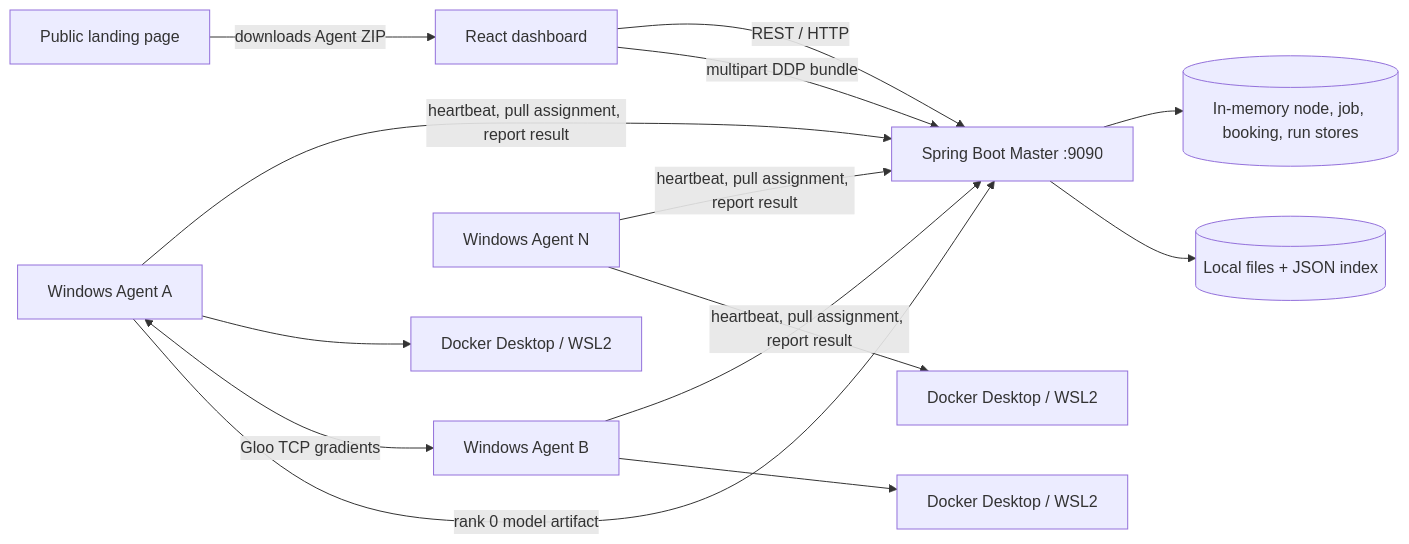
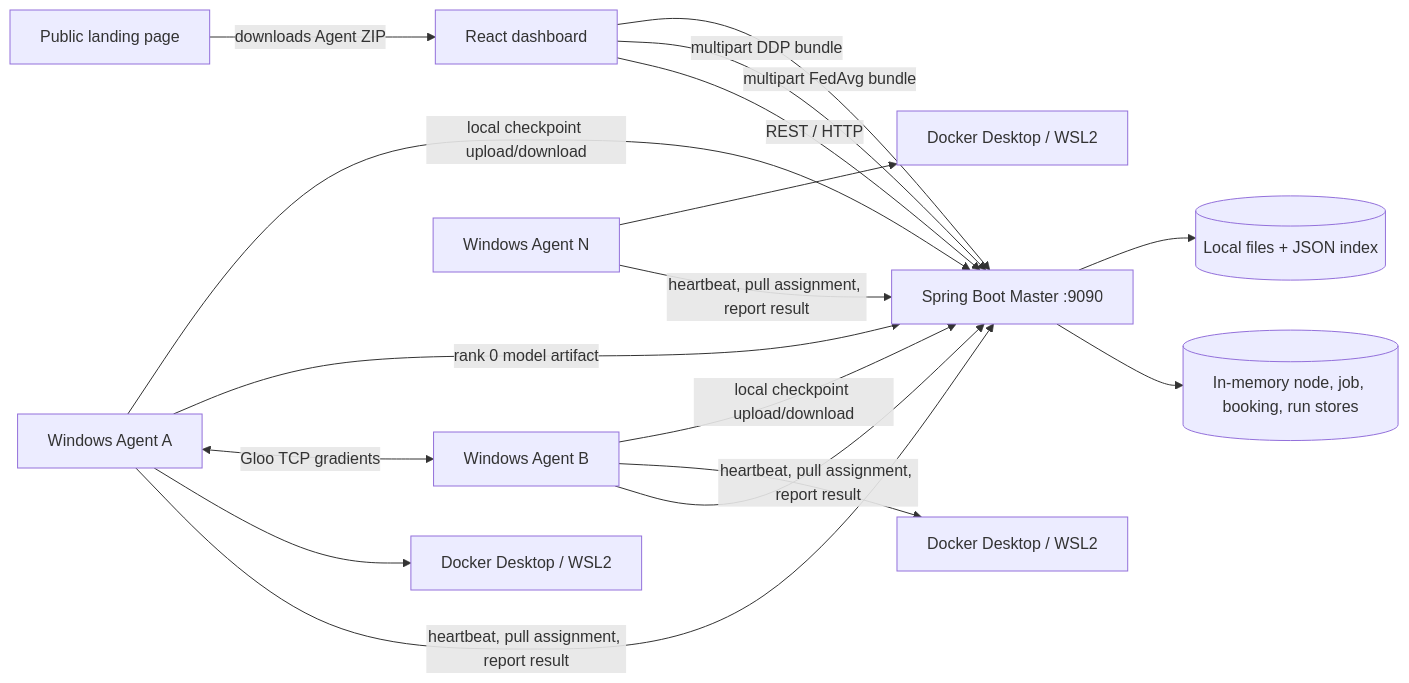
Before and after one commit to avadhutmali/Mega_Project_BTech: the diagram in DETAILED_README.md, drawn with Mermaid. The commit also changed other lines of this file and 116 other files, not shown here.

````diff
--- a/DETAILED_README.md
+++ b/DETAILED_README.md
@@ -41,16 +41,19 @@
 ```mermaid
 flowchart LR
     Browser[React dashboard] -->|REST / HTTP| Master[Spring Boot Master :9090]
     Master --> Nodes[(In-memory node, job, booking, run stores)]
     Master --> Disk[(Local files + JSON index)]
     Agent1[Windows Agent A] -->|heartbeat, pull assignment, report result| Master
     Agent2[Windows Agent B] -->|heartbeat, pull assignment, report result| Master
     AgentN[Windows Agent N] -->|heartbeat, pull assignment, report result| Master
     Agent1 --> Docker1[Docker Desktop / WSL2]
     Agent2 --> Docker2[Docker Desktop / WSL2]
     AgentN --> DockerN[Docker Desktop / WSL2]
     Browser -->|multipart DDP bundle| Master
     Agent1 <-->|Gloo TCP gradients| Agent2
     Agent1 -->|rank 0 model artifact| Master
+    Browser -->|multipart FedAvg bundle| Master
+    Agent1 -->|local checkpoint upload/download| Master
+    Agent2 -->|local checkpoint upload/download| Master
     Public[Public landing page] -->|downloads Agent ZIP| Browser
 ```
````
